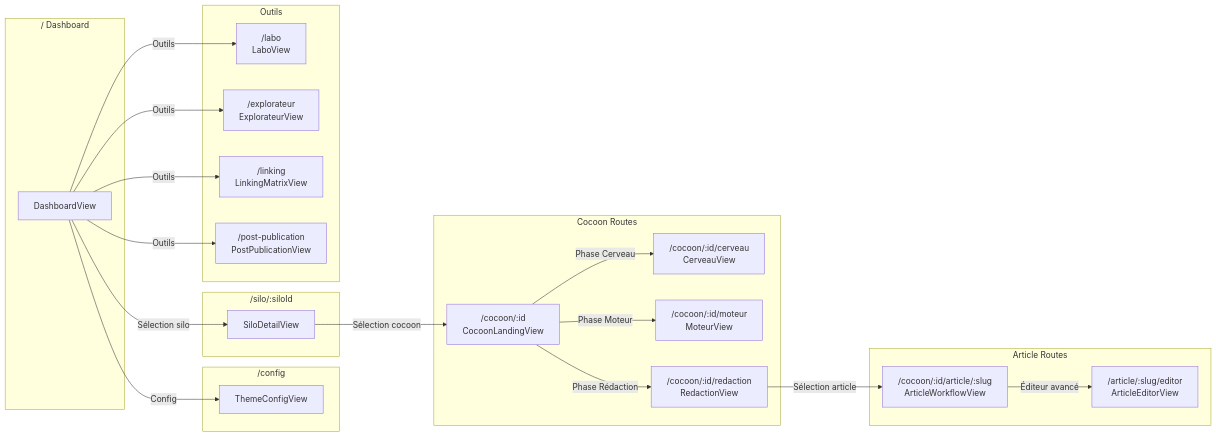
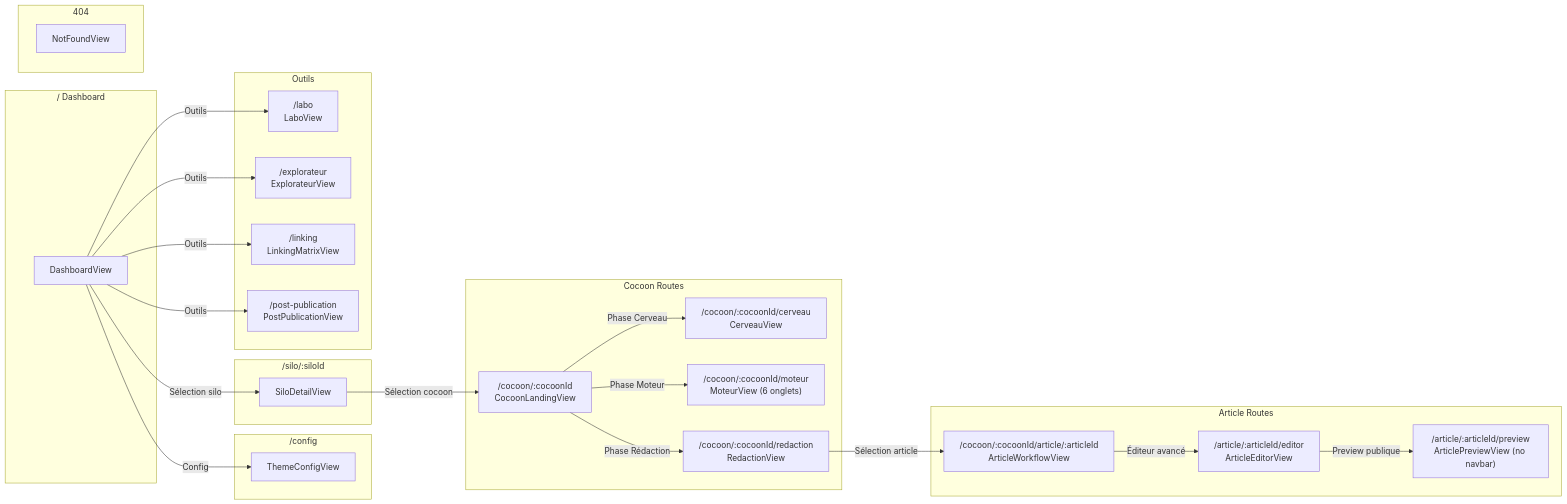
The second of 24 diagrams in ARCHITECTURE_FLOWS.md (annubis-knight/Blog_Redactor_SEO), drawn with Mermaid before and after one commit. The commit also changed other lines of this file and 400 other files, not shown here.

````diff
--- a/ARCHITECTURE_FLOWS.md
+++ b/ARCHITECTURE_FLOWS.md
@@ -76,46 +109,52 @@
 ```mermaid
 graph LR
     subgraph Dashboard["/ Dashboard"]
         D[DashboardView]
     end
 
     subgraph Config["/config"]
         TC[ThemeConfigView]
     end
 
-    subgraph Silo["/silo/:siloId"]
+    subgraph SiloSub["/silo/:siloId"]
         SD[SiloDetailView]
     end
 
     subgraph Cocoon["Cocoon Routes"]
-        CL["/cocoon/:id<br>CocoonLandingView"]
-        CV["/cocoon/:id/cerveau<br>CerveauView"]
-        MV["/cocoon/:id/moteur<br>MoteurView"]
-        RV["/cocoon/:id/redaction<br>RedactionView"]
+        CL["/cocoon/:cocoonId<br>CocoonLandingView"]
+        CV["/cocoon/:cocoonId/cerveau<br>CerveauView"]
+        MV["/cocoon/:cocoonId/moteur<br>MoteurView (6 onglets)"]
+        RV["/cocoon/:cocoonId/redaction<br>RedactionView"]
     end
 
     subgraph Article["Article Routes"]
-        AW["/cocoon/:id/article/:slug<br>ArticleWorkflowView"]
-        AE["/article/:slug/editor<br>ArticleEditorView"]
+        AW["/cocoon/:cocoonId/article/:articleId<br>ArticleWorkflowView"]
+        AE["/article/:articleId/editor<br>ArticleEditorView"]
+        AP["/article/:articleId/preview<br>ArticlePreviewView (no navbar)"]
     end
 
     subgraph Tools["Outils"]
         LB["/labo<br>LaboView"]
         EX["/explorateur<br>ExplorateurView"]
         LK["/linking<br>LinkingMatrixView"]
         PP["/post-publication<br>PostPublicationView"]
+    end
+
+    subgraph Catch["404"]
+        NF["NotFoundView"]
     end
 
     D -->|"Sélection silo"| SD
     D -->|"Config"| TC
     SD -->|"Sélection cocoon"| CL
     CL -->|"Phase Cerveau"| CV
     CL -->|"Phase Moteur"| MV
     CL -->|"Phase Rédaction"| RV
     RV -->|"Sélection article"| AW
     AW -->|"Éditeur avancé"| AE
+    AE -->|"Preview publique"| AP
     D -->|"Outils"| LB
     D -->|"Outils"| EX
     D -->|"Outils"| LK
     D -->|"Outils"| PP
 ```
````
